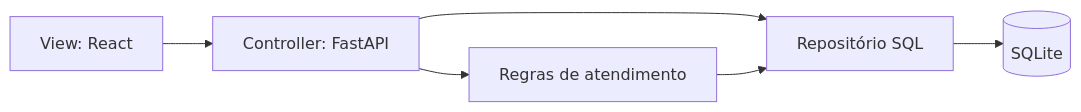
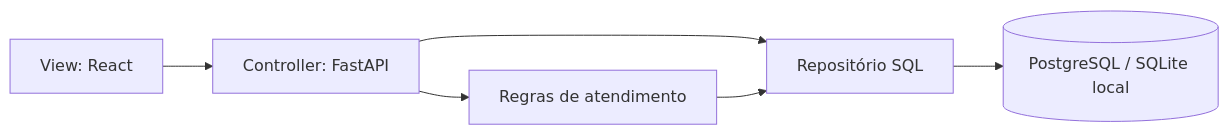
One commit to Joao-Honorio021/projeto-integrador changed the diagram in docs/ARCHITECTURE.md. Above: the diagram before and after it, drawn with Mermaid. The commit also changed other lines of this file and 43 other files, not shown here.

````diff
--- a/docs/ARCHITECTURE.md
+++ b/docs/ARCHITECTURE.md
@@ -9,8 +9,8 @@
 ```mermaid
 flowchart LR
     V[View: React] --> C[Controller: FastAPI]
     C --> S[Regras de atendimento]
     C --> R[Repositório SQL]
     S --> R
-    R --> B[(SQLite)]
+    R --> B[(PostgreSQL / SQLite local)]
 ```
````
